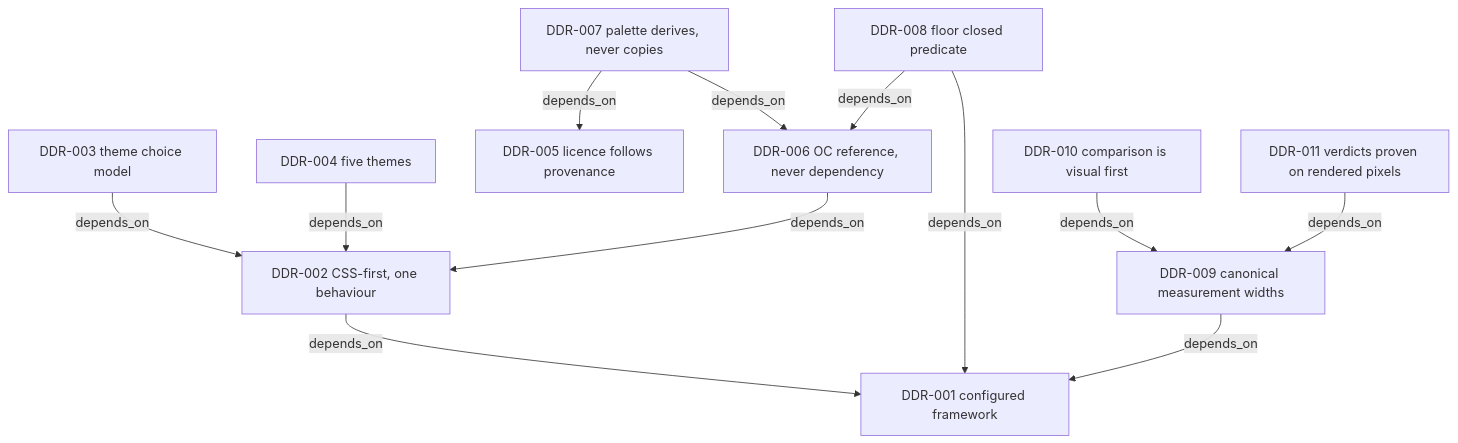
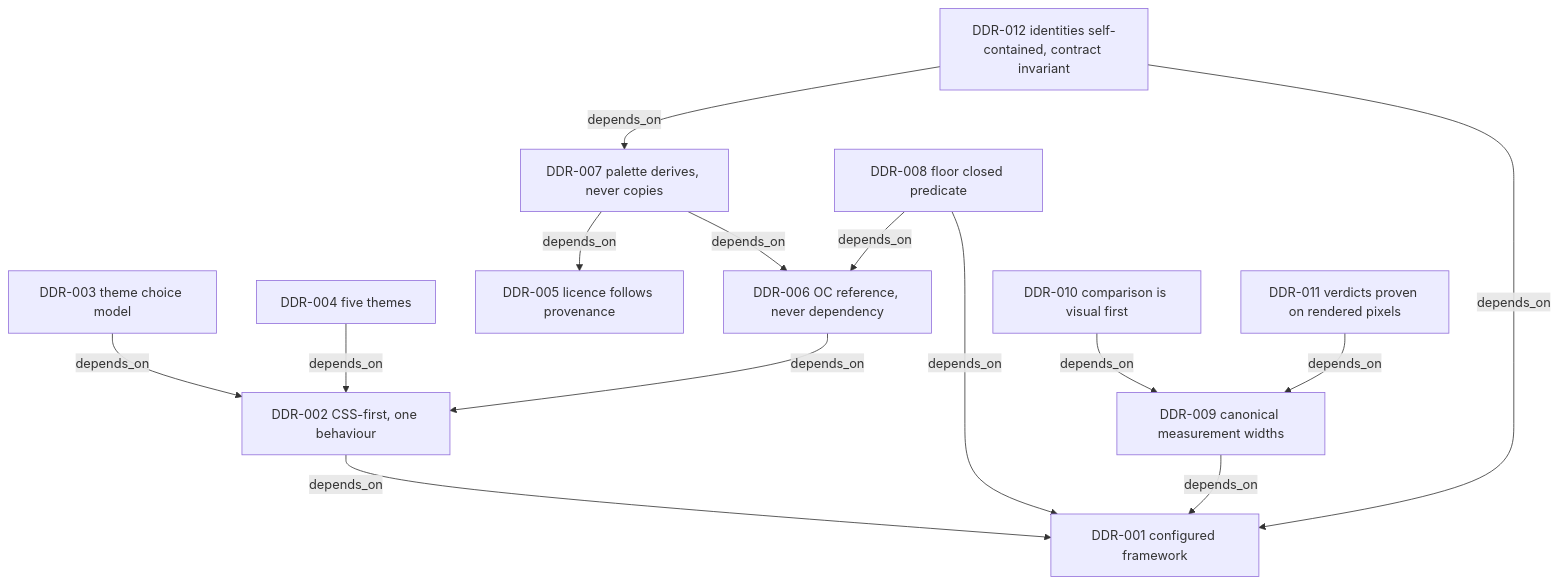
Before and after one commit to EngraphCode/oak-open-curriculum-ecosystem: the diagram in docs/design/README.md, drawn with Mermaid. The commit also changed other lines of this file and 3 other files, not shown here.

First line of the commit message:
docs(design): p7 self-contained packs - contract invariant, constructor cli, ddr-012

````diff
--- a/docs/design/README.md
+++ b/docs/design/README.md
@@ -114,25 +115,28 @@
 ```mermaid
 graph TD
   DDR001["DDR-001 configured framework"]
   DDR002["DDR-002 CSS-first, one behaviour"]
   DDR003["DDR-003 theme choice model"]
   DDR004["DDR-004 five themes"]
   DDR005["DDR-005 licence follows provenance"]
   DDR006["DDR-006 OC reference, never dependency"]
   DDR007["DDR-007 palette derives, never copies"]
   DDR008["DDR-008 floor closed predicate"]
   DDR009["DDR-009 canonical measurement widths"]
   DDR010["DDR-010 comparison is visual first"]
   DDR011["DDR-011 verdicts proven on rendered pixels"]
+  DDR012["DDR-012 identities self-contained, contract invariant"]
   DDR002 -->|depends_on| DDR001
   DDR003 -->|depends_on| DDR002
   DDR004 -->|depends_on| DDR002
   DDR006 -->|depends_on| DDR002
   DDR007 -->|depends_on| DDR005
   DDR007 -->|depends_on| DDR006
   DDR008 -->|depends_on| DDR001
   DDR008 -->|depends_on| DDR006
   DDR009 -->|depends_on| DDR001
+  DDR012 -->|depends_on| DDR001
+  DDR012 -->|depends_on| DDR007
   DDR010 -->|depends_on| DDR009
   DDR011 -->|depends_on| DDR009
 ```
````
